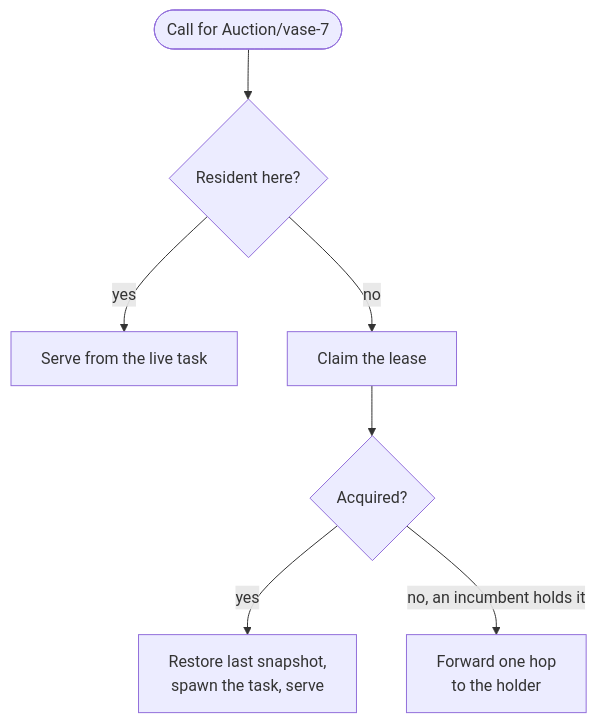
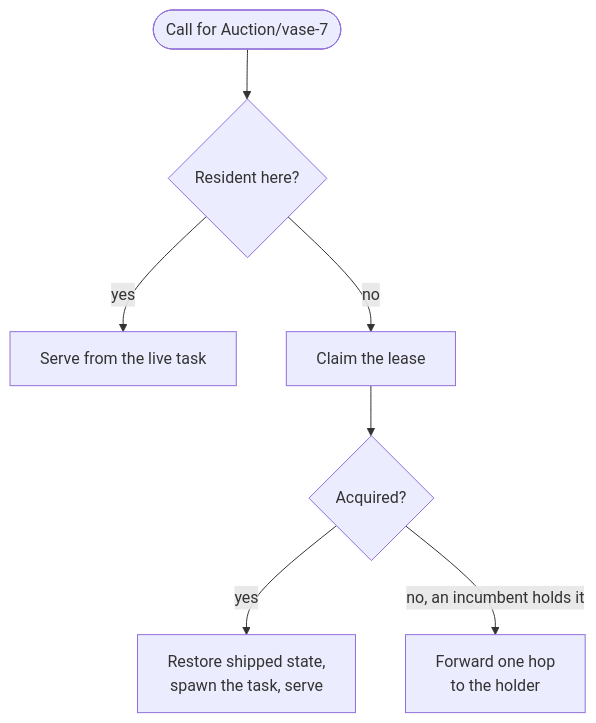
The first of 2 diagrams in actias-web/src/content/docs/internals/placement.mdx (JSH32/actias), drawn with Mermaid before and after one commit. The commit also changed other lines of this file and 1 other file, not shown here.

````diff
--- a/actias-web/src/content/docs/internals/placement.mdx
+++ b/actias-web/src/content/docs/internals/placement.mdx
@@ -17,9 +17,9 @@
 ```mermaid
 flowchart TD
     call([Call for Auction/vase-7]) --> res{Resident here?}
     res -- yes --> serve[Serve from the live task]
     res -- no --> acq[Claim the lease]
     acq --> got{Acquired?}
-    got -- yes --> restore[Restore last snapshot,<br/>spawn the task, serve]
+    got -- yes --> restore[Restore shipped state,<br/>spawn the task, serve]
     got -- "no, an incumbent holds it" --> fwd[Forward one hop<br/>to the holder]
 ```
````
